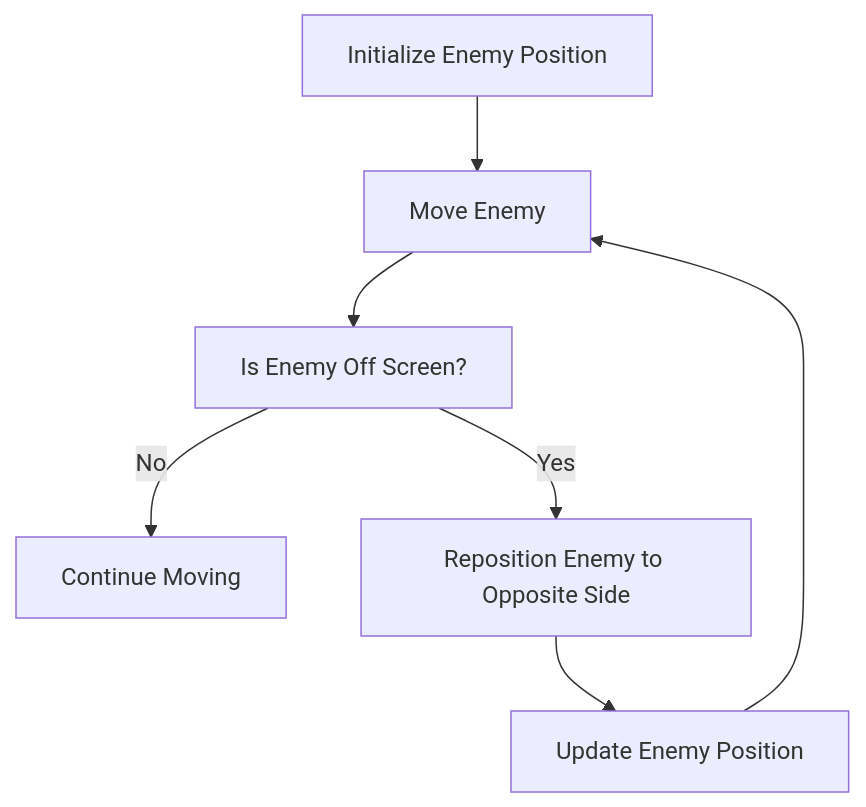
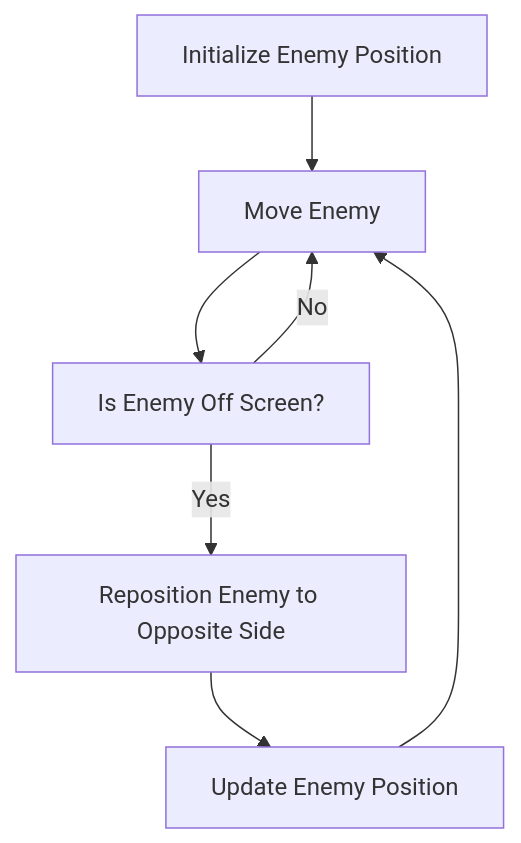
Before and after one commit to algosup/2024-2025-project-1-fpga-team-6: the fourth of 9 diagrams in Documents/TechnicalSpecifications/technicalSpecifications.md, drawn with Mermaid. The commit also changed other lines of this file, not shown here.

Commit message:
Update technicalSpecifications.md
Update schematics to correct issue #5

````diff
--- a/Documents/TechnicalSpecifications/technicalSpecifications.md
+++ b/Documents/TechnicalSpecifications/technicalSpecifications.md
@@ -362,9 +362,9 @@
 ```mermaid
 graph TD
     A[Initialize Enemy Position] --> B[Move Enemy]
     B --> C[Is Enemy Off Screen?]
-    C --> |No| D[Continue Moving]
+    C --> |No| B
     C --> |Yes| E[Reposition Enemy to Opposite Side]
     E --> F[Update Enemy Position]
     F --> B
 ```
````
